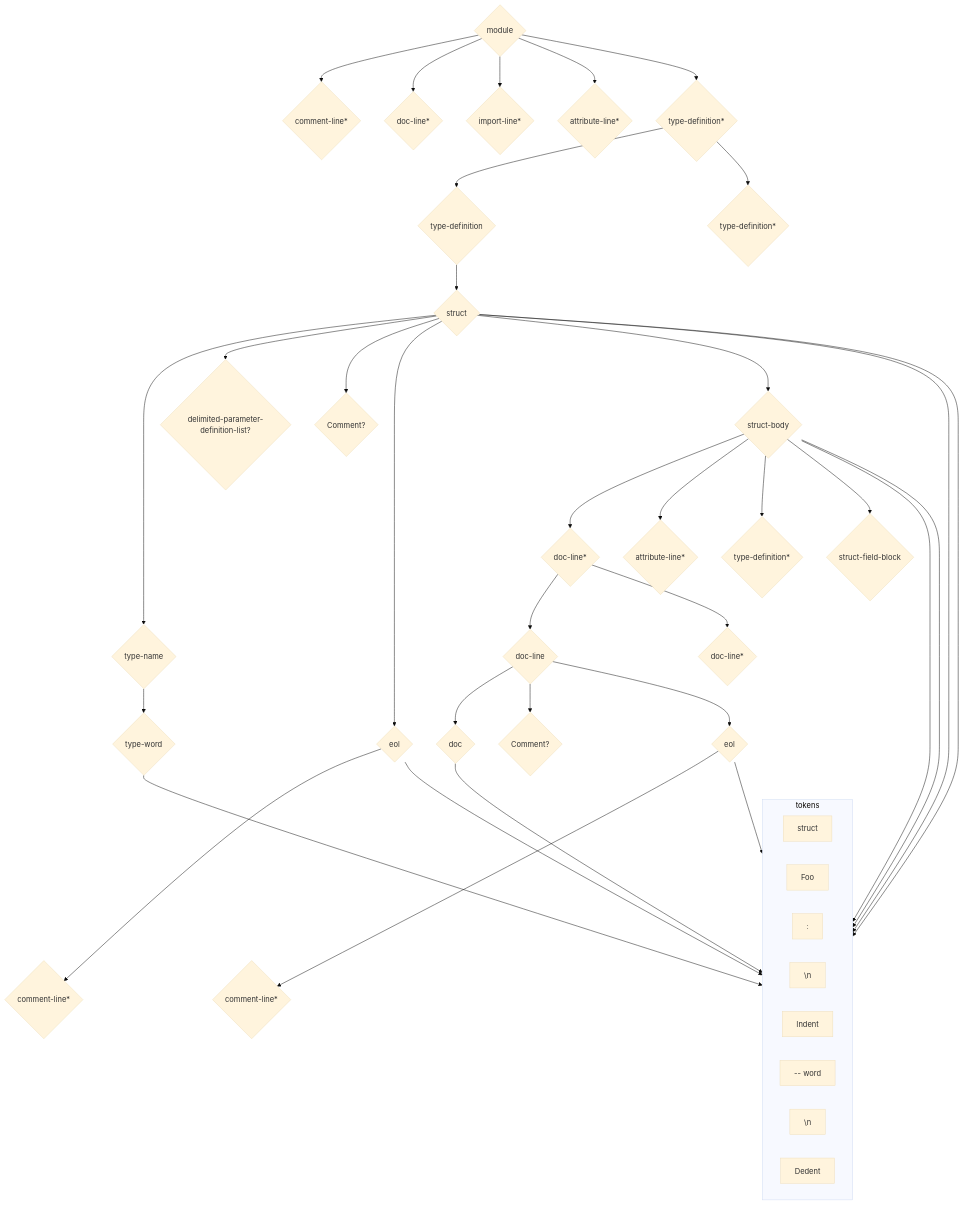
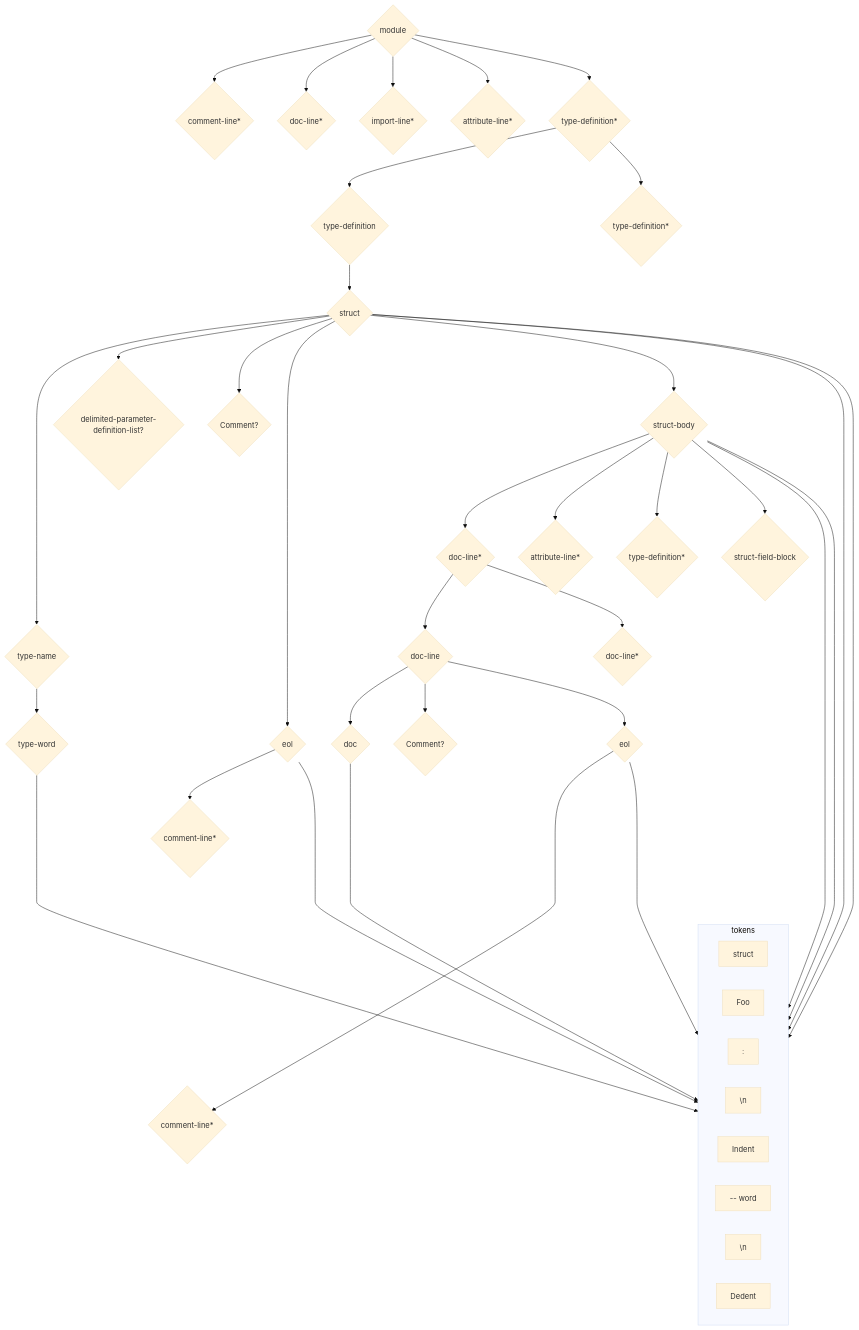
One commit to reventlov/emboss changed the seventh of 7 diagrams in doc/design.md. Above: the diagram before and after it, drawn with Mermaid (base theme).

````diff
--- a/doc/design.md
+++ b/doc/design.md
@@ -472,73 +472,73 @@
 ```mermaid
 graph TD
         r0@{shape: diamond, label: "module"}
         r1@{shape: diamond, label: "comment-line*"}
         r2@{shape: diamond, label: "doc-line*"}
         r3@{shape: diamond, label: "import-line*"}
         r4@{shape: diamond, label: "attribute-line*"}
         r5@{shape: diamond, label: "type-definition*"}
         r6@{shape: diamond, label: "type-definition"}
         r7@{shape: diamond, label: "struct"}
         r8@{shape: diamond, label: "type-name"}
         r9@{shape: diamond, label: "type-word"}
         r10@{shape: diamond, label: "delimited-parameter-definition-list?"}
         r11@{shape: diamond, label: "Comment?"}
         r12@{shape: diamond, label: "eol"}
         r13@{shape: diamond, label: "comment-line*"}
         r14@{shape: diamond, label: "struct-body"}
         r15@{shape: diamond, label: "doc-line*"}
         r16@{shape: diamond, label: "doc-line"}
         r17@{shape: diamond, label: "doc"}
         r18@{shape: diamond, label: "Comment?"}
         r19@{shape: diamond, label: "eol"}
         r20@{shape: diamond, label: "comment-line*"}
         r21@{shape: diamond, label: "doc-line*"}
         r22@{shape: diamond, label: "attribute-line*"}
         r23@{shape: diamond, label: "type-definition*"}
         r24@{shape: diamond, label: "struct-field-block"}
         r25@{shape: diamond, label: "type-definition*"}
     subgraph tokens
         direction LR
         t0@{shape: rect, label: "struct"}
         t1@{shape: rect, label: "Foo"}
         t2@{shape: rect, label: ":"}
         t3@{shape: rect, label: "\\n"}
         t4@{shape: rect, label: "Indent"}
         t5@{shape: rect, label: "-- word"}
         t6@{shape: rect, label: "\\n"}
         t7@{shape: rect, label: "Dedent"}
     end
     r0 --> r1
     r0 --> r2
     r0 --> r3
     r0 --> r4
     r0 --> r5
     r5 --> r6
     r5 --> r25
     r6 --> r7
-    r7 --> t0
+    r7 ----> t0
     r7 --> r8
     r7 --> r10
-    r7 --> t2
+    r7 ----> t2
     r7 --> r11
     r7 --> r12
     r7 --> r14
     r8 --> r9
-    r9 --> t1
-    r12 --> t3
+    r9 ----> t1
+    r12 ----> t3
     r12 --> r13
-    r14 --> t4
+    r14 ----> t4
     r14 --> r15
     r14 --> r22
     r14 --> r23
     r14 --> r24
-    r14 --> t7
+    r14 ----> t7
     r15 --> r16
     r15 --> r21
     r16 --> r17
     r16 --> r18
     r16 --> r19
-    r17 --> t5
-    r19 --> t6
-    r19 --> r20
+    r17 ----> t5
+    r19 ----> t6
+    r19 ----> r20
 ```
````
